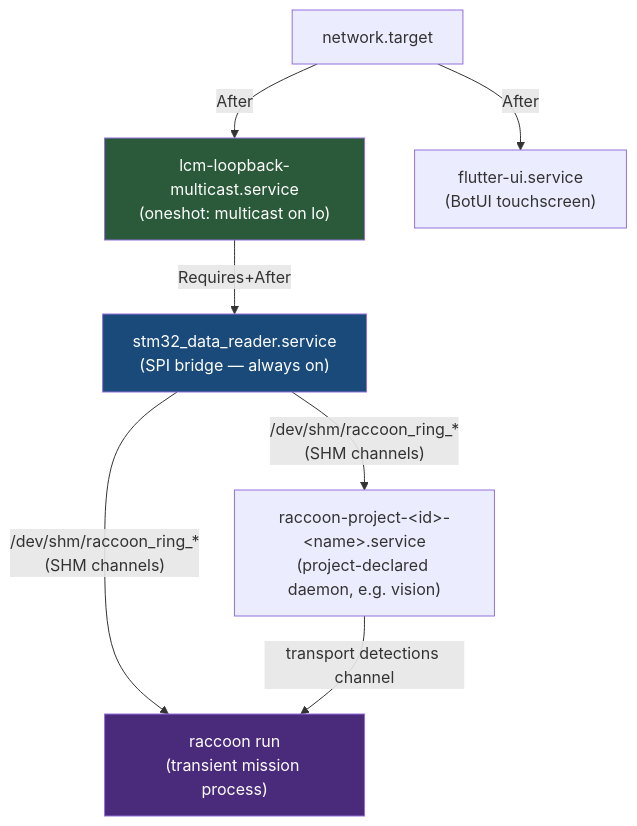
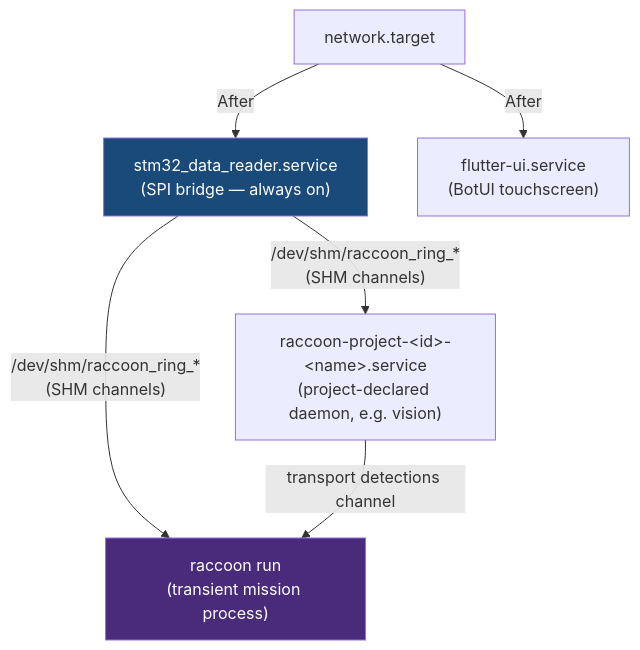
Before and after one commit to htl-stp-ecer/documentation: the first of 3 diagrams in content/06-advanced/04-firmware/robot-services-and-systemd.md, drawn with Mermaid. The commit also changed other lines of this file and 17 other files, not shown here.

````diff
--- a/content/06-advanced/04-firmware/robot-services-and-systemd.md
+++ b/content/06-advanced/04-firmware/robot-services-and-systemd.md
@@ -18,21 +18,18 @@
 ```mermaid
 graph TD
     NW["network.target"]
-    LCM["lcm-loopback-multicast.service\n(oneshot: multicast on lo)"]
     READER["stm32_data_reader.service\n(SPI bridge — always on)"]
     UI["flutter-ui.service\n(BotUI touchscreen)"]
     PROJ["raccoon-project-&lt;id&gt;-&lt;name&gt;.service\n(project-declared daemon, e.g. vision)"]
     MISSION["raccoon run\n(transient mission process)"]
 
-    NW -->|After| LCM
-    LCM -->|Requires+After| READER
+    NW -->|After| READER
     NW -->|After| UI
 
     READER -- "/dev/shm/raccoon_ring_*\n(SHM channels)" --> PROJ
     READER -- "/dev/shm/raccoon_ring_*\n(SHM channels)" --> MISSION
     PROJ -- "transport detections channel" --> MISSION
 
     style READER fill:#1a4a7a,color:#fff
-    style LCM fill:#2a5a3a,color:#fff
     style MISSION fill:#4a2a7a,color:#fff
 ```
````
